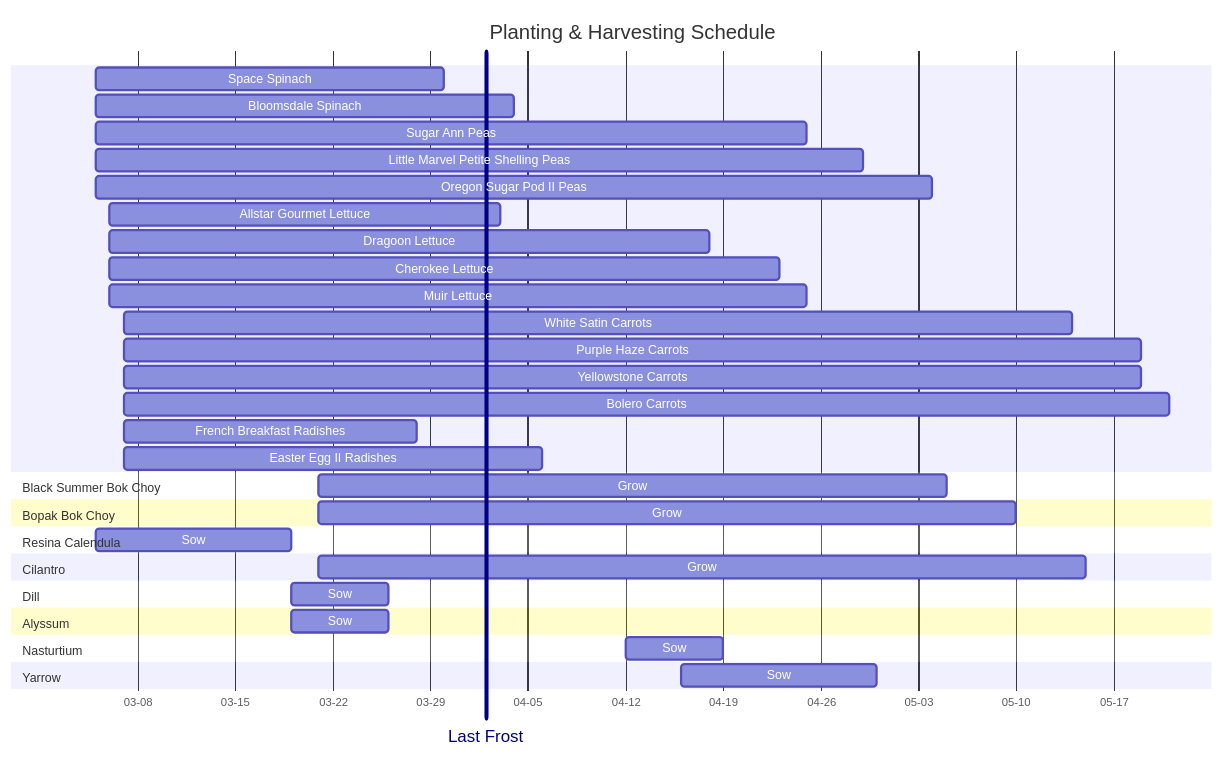
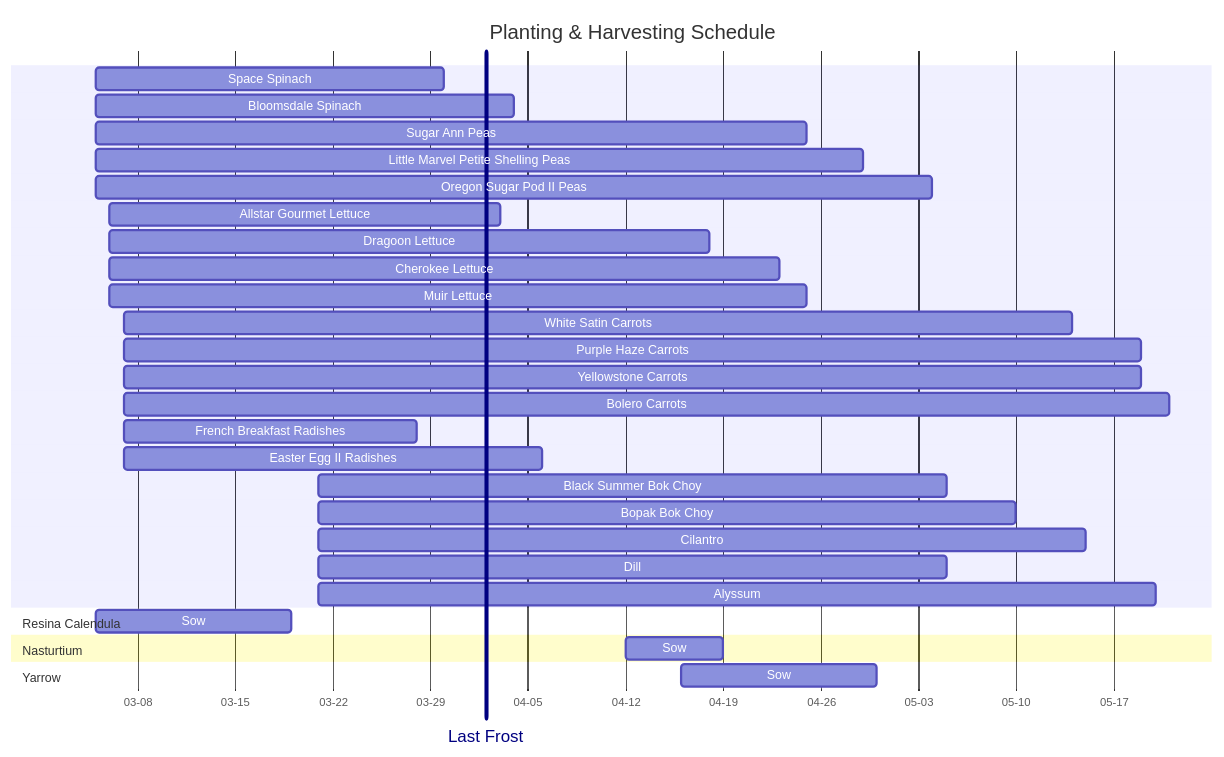
Before and after one commit to bjenning04/foam: the diagram in 2026-planting-schedule.md, drawn with Mermaid.

Commit message:
Mar 21, 2026, 11:39 AM

````diff
--- a/2026-planting-schedule.md
+++ b/2026-planting-schedule.md
@@ -6,41 +6,36 @@
 ```mermaid
 ---
 displayMode: compact
 ---
 gantt
     title Planting & Harvesting Schedule
     dateFormat YYYY-MM-DD
     axisFormat %m-%d
     Last Frost: vert, 2026-04-02, 0d
     Space Spinach: 2026-03-05, 25d
     Bloomsdale Spinach: 2026-03-05, 30d
     Sugar Ann Peas: 2026-03-05, 51d
     Little Marvel Petite Shelling Peas: 2026-03-05, 55d
     Oregon Sugar Pod II Peas: 2026-03-05, 60d
     Allstar Gourmet Lettuce: 2026-03-06, 28d
     Dragoon Lettuce: 2026-03-06, 43d
     Cherokee Lettuce: 2026-03-06, 48d
     Muir Lettuce: 2026-03-06, 50d
     White Satin Carrots: 2026-03-07, 68d
     Purple Haze Carrots: 2026-03-07, 73d
     Yellowstone Carrots: 2026-03-07, 73d
     Bolero Carrots: 2026-03-07, 75d
     French Breakfast Radishes: 2026-03-07, 21d
     Easter Egg II Radishes: 2026-03-07, 30d
-    Section Black Summer Bok Choy
-        Grow: 2026-03-21, 45d
-    Section Bopak Bok Choy
-        Grow: 2026-03-21, 50d
+    Black Summer Bok Choy: 2026-03-21, 45d
+    Bopak Bok Choy: 2026-03-21, 50d
+    Cilantro: 2026-03-21, 55d
+    Dill: 2026-03-21, 45d
+    Alyssum: 2026-03-21, 60d
     Section Resina Calendula
         Sow: 2026-03-05, 14d
-    Section Cilantro
-        Grow: 2026-03-21, 55d
-    Section Dill
-        Sow: 2026-03-19, 7d
-    Section Alyssum
-        Sow: 2026-03-19, 7d
     Section Nasturtium
         Sow: 2026-04-12, 7d
     Section Yarrow
         Sow: 2026-04-16, 14d
 ```
````
